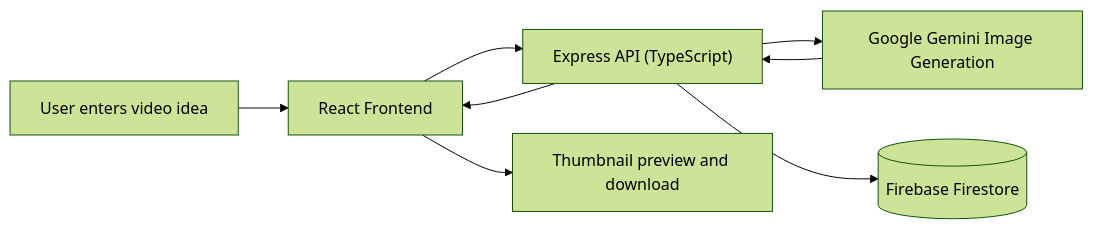
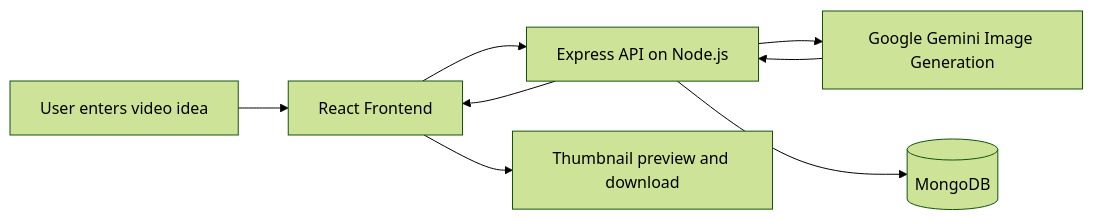
Before and after one commit to ayush91dubey/ayush91dubey: the first of 3 diagrams in README.md, drawn with Mermaid (forest theme). The commit also changed other lines of this file, not shown here.

````diff
--- a/README.md
+++ b/README.md
@@ -136,10 +166,10 @@
 ```mermaid
 flowchart LR
     A["User enters video idea"] --> B["React Frontend"]
-    B --> C["Express API (TypeScript)"]
+    B --> C["Express API on Node.js"]
     C --> D["Google Gemini Image Generation"]
     D --> C
-    C --> E[("Firebase Firestore")]
+    C --> E[("MongoDB")]
     C --> B
     B --> F["Thumbnail preview and download"]
 ```
````
